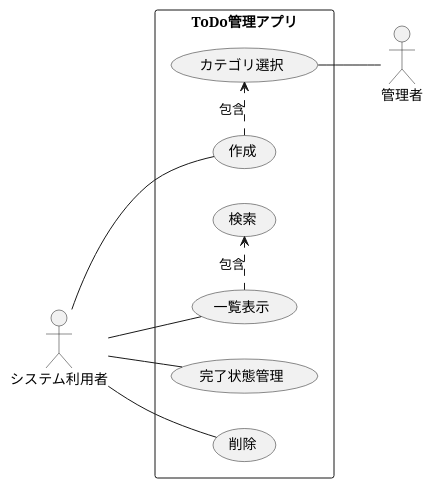
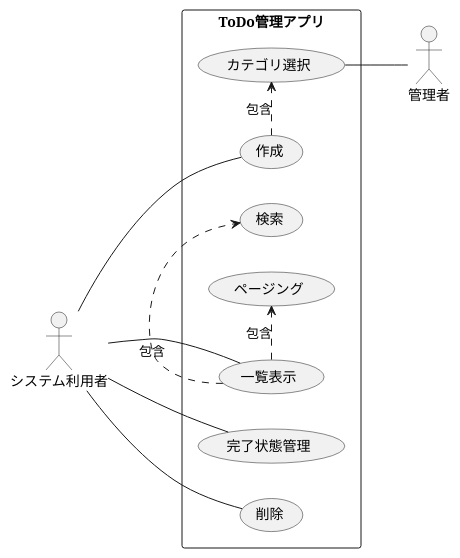
One commit to OnoYuta/app-todo-list changed the diagram in docs/Usecase/ToDo.pu. Above: the diagram before and after it, drawn with PlantUML. The commit also changed 2 other files, not shown here.

```diff
--- a/docs/Usecase/ToDo.pu
+++ b/docs/Usecase/ToDo.pu
@@ -1,15 +1,16 @@
 @startuml
 left to right direction
 skinparam packageStyle rectangle
 actor システム利用者
 actor 管理者
 rectangle ToDo管理アプリ {
   システム利用者 -- (作成)
   (作成) .> (カテゴリ選択) : 包含
   システム利用者 -- (完了状態管理)
   システム利用者 -- (一覧表示)
   (一覧表示) .> (検索) : 包含
+  (一覧表示) .> (ページング) : 包含
   システム利用者 -- (削除)
   (カテゴリ選択) -- 管理者
 }
 @enduml
```
